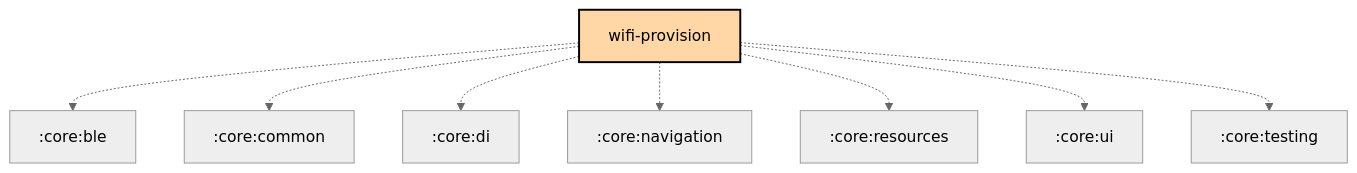
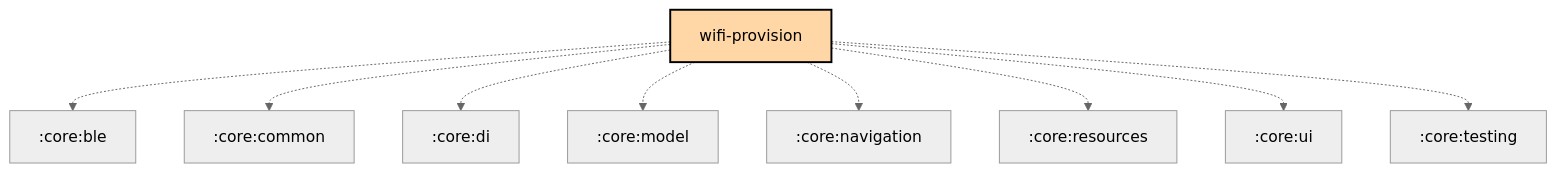
One commit to meshtastic/Meshtastic-Android changed the second of 2 diagrams in feature/wifi-provision/README.md. Above: the diagram before and after it, drawn with Mermaid (neutral theme).

Commit message:
chore: Scheduled updates (Graphs, Baseline Profile)
Automated updates for:
- Module dependency graphs
- androidApp baseline profile

````diff
--- a/feature/wifi-provision/README.md
+++ b/feature/wifi-provision/README.md
@@ -49,25 +49,26 @@
 ```mermaid
 graph TB
   :feature:wifi-provision[wifi-provision]:::kmp-feature
   :feature:wifi-provision -.-> :core:ble
   :feature:wifi-provision -.-> :core:common
   :feature:wifi-provision -.-> :core:di
+  :feature:wifi-provision -.-> :core:model
   :feature:wifi-provision -.-> :core:navigation
   :feature:wifi-provision -.-> :core:resources
   :feature:wifi-provision -.-> :core:ui
   :feature:wifi-provision -.-> :core:testing
 
 classDef android-application fill:#CAFFBF,stroke:#000,stroke-width:2px,color:#000;
 classDef android-application-compose fill:#CAFFBF,stroke:#000,stroke-width:2px,color:#000;
 classDef compose-desktop-application fill:#CAFFBF,stroke:#000,stroke-width:2px,color:#000;
 classDef android-feature fill:#FFD6A5,stroke:#000,stroke-width:2px,color:#000;
 classDef android-library fill:#9BF6FF,stroke:#000,stroke-width:2px,color:#000;
 classDef android-library-compose fill:#9BF6FF,stroke:#000,stroke-width:2px,color:#000;
 classDef android-test fill:#A0C4FF,stroke:#000,stroke-width:2px,color:#000;
 classDef jvm-library fill:#BDB2FF,stroke:#000,stroke-width:2px,color:#000;
 classDef kmp-feature fill:#FFD6A5,stroke:#000,stroke-width:2px,color:#000;
 classDef kmp-library-compose fill:#FFC1CC,stroke:#000,stroke-width:2px,color:#000;
 classDef kmp-library fill:#FFC1CC,stroke:#000,stroke-width:2px,color:#000;
 classDef unknown fill:#FFADAD,stroke:#000,stroke-width:2px,color:#000;
 
 ```
````
